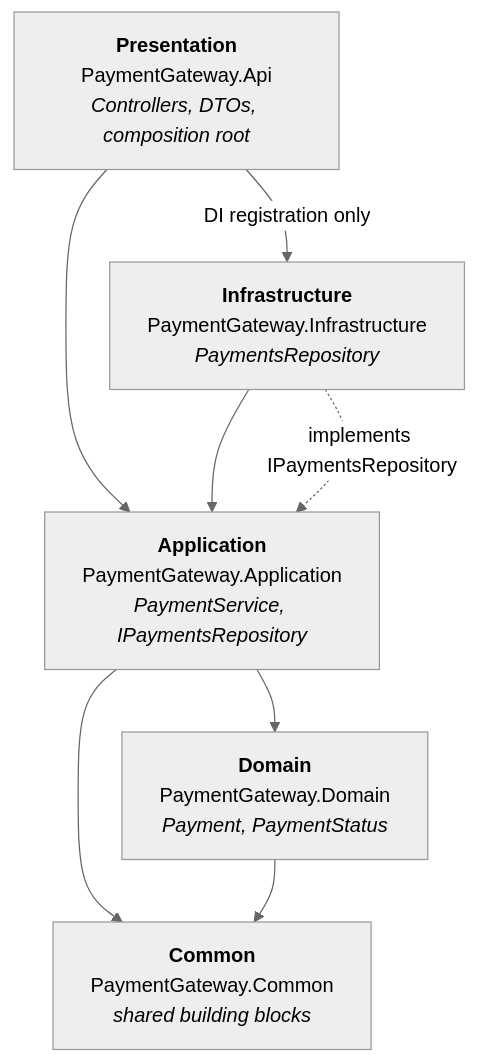
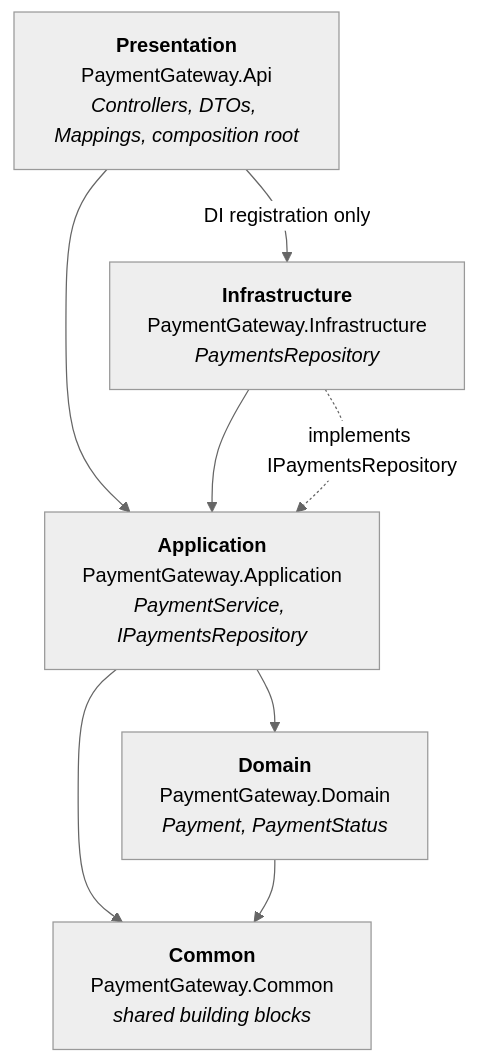
One commit to SuleCodes/payment-gateway-challenge-dotnet-main changed the first of 2 diagrams in README-TECH.md. Above: the diagram before and after it, drawn with Mermaid (neutral theme). The commit also changed other lines of this file and 2 other files, not shown here.

````diff
--- a/README-TECH.md
+++ b/README-TECH.md
@@ -35,16 +35,16 @@
 ```mermaid
 flowchart TD
-    Api["<b>Presentation</b><br/>PaymentGateway.Api<br/><i>Controllers, DTOs, composition root</i>"]
+    Api["<b>Presentation</b><br/>PaymentGateway.Api<br/><i>Controllers, DTOs, Mappings, composition root</i>"]
     Infra["<b>Infrastructure</b><br/>PaymentGateway.Infrastructure<br/><i>PaymentsRepository</i>"]
     App["<b>Application</b><br/>PaymentGateway.Application<br/><i>PaymentService, IPaymentsRepository</i>"]
     Domain["<b>Domain</b><br/>PaymentGateway.Domain<br/><i>Payment, PaymentStatus</i>"]
     Common["<b>Common</b><br/>PaymentGateway.Common<br/><i>shared building blocks</i>"]
 
     Api --> App
     Api -- "DI registration only" --> Infra
     Infra --> App
     App --> Domain
     App --> Common
     Domain --> Common
     Infra -. "implements IPaymentsRepository" .-> App
 ```
````
